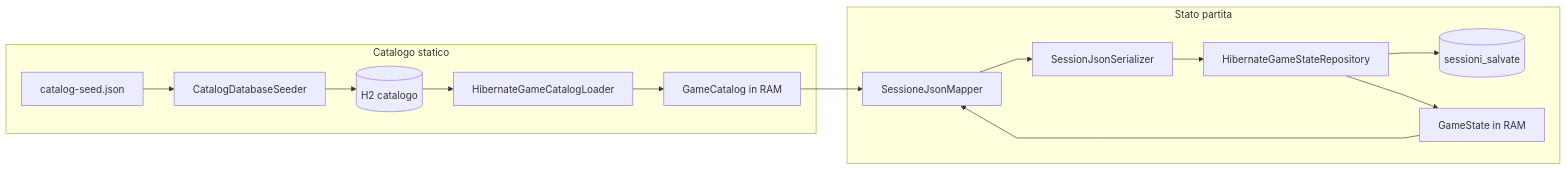
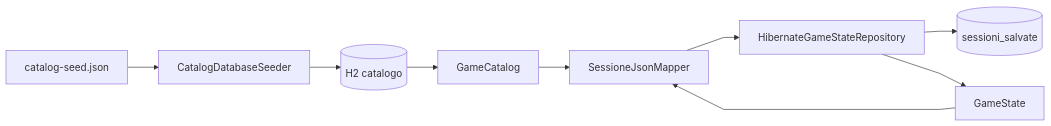
Before and after one commit to ValerioGiglio04/rpg-MPGC: the diagram in .github/wiki-pages/Dati-e-persistenza.md, drawn with Mermaid. The commit also changed other lines of this file and 6 other files, not shown here.

````diff
--- a/.github/wiki-pages/Dati-e-persistenza.md
+++ b/.github/wiki-pages/Dati-e-persistenza.md
@@ -32,18 +43,12 @@
 ```mermaid
 %%{init: {'flowchart': {'curve': 'linear'}}}%%
 flowchart LR
-  subgraph catalogo [Catalogo statico]
-    JSON[catalog-seed.json] --> Seeder[CatalogDatabaseSeeder]
-    Seeder --> H2Cat[(H2 catalogo)]
-    H2Cat --> Loader[HibernateGameCatalogLoader]
-    Loader --> GC[GameCatalog in RAM]
-  end
-  subgraph sessione [Stato partita]
-    GS[GameState in RAM] --> Mapper[SessioneJsonMapper]
-    Mapper --> Ser[SessionJsonSerializer]
-    Ser --> Repo[HibernateGameStateRepository]
-    Repo --> Tab[(sessioni_salvate)]
-    GC --> Mapper
-    Repo --> GS
-  end
+  JSON[catalog-seed.json] --> Seeder[CatalogDatabaseSeeder]
+  Seeder --> H2Cat[(H2 catalogo)]
+  H2Cat --> GC[GameCatalog]
+  GS[GameState] --> Mapper[SessioneJsonMapper]
+  Mapper --> Repo[HibernateGameStateRepository]
+  Repo --> Tab[(sessioni_salvate)]
+  GC --> Mapper
+  Repo --> GS
 ```
````
